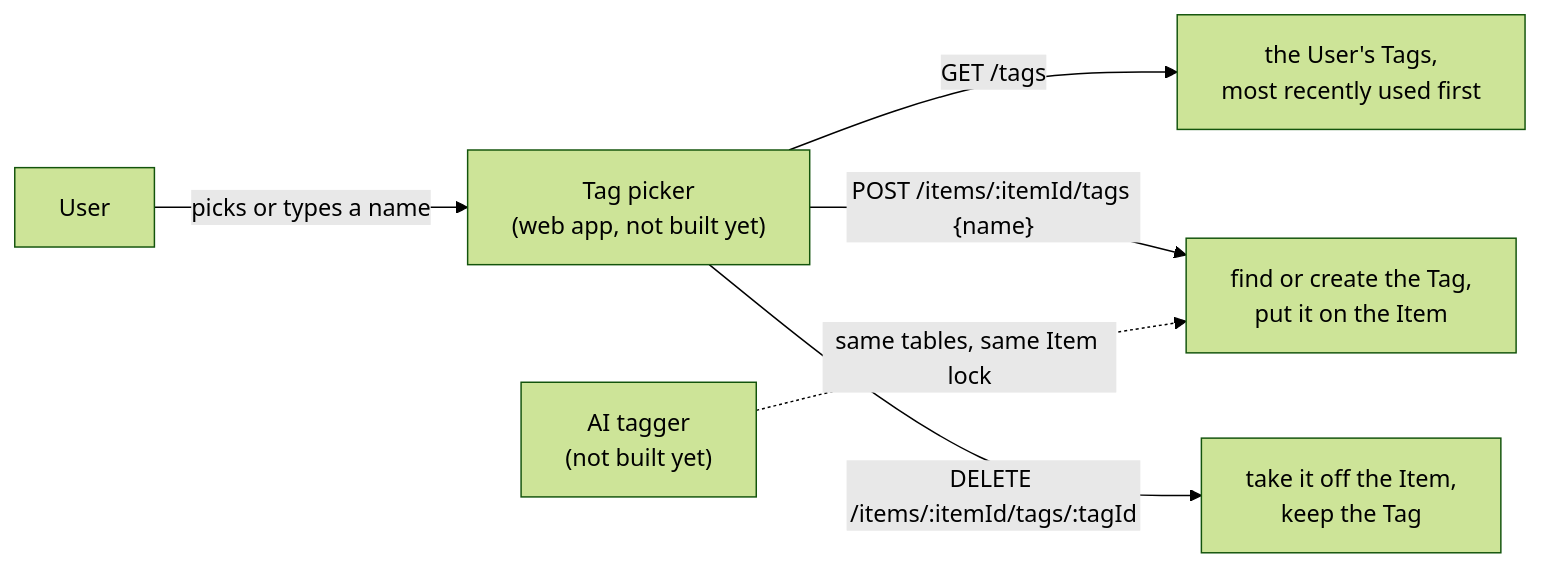
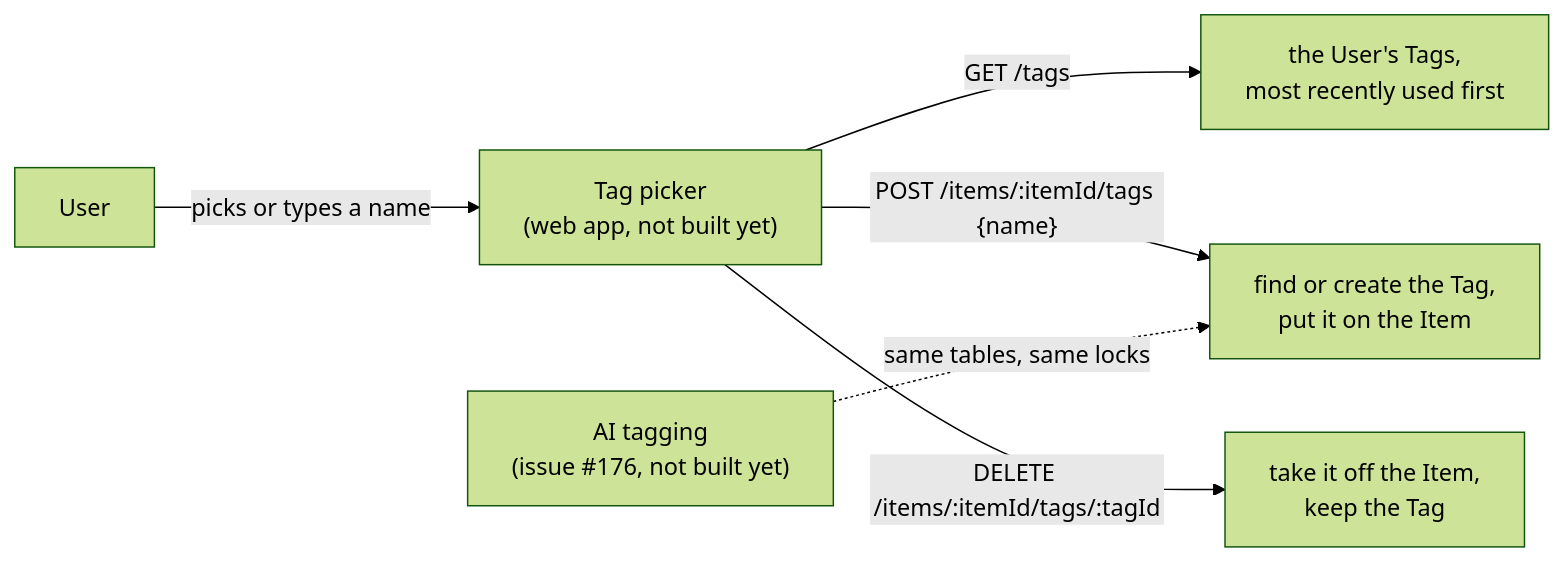
Before and after one commit to souravdotdev/Resonory: the diagram in docs/tags.md, drawn with Mermaid (forest theme). The commit also changed other lines of this file and 7 other files, not shown here.

````diff
--- a/docs/tags.md
+++ b/docs/tags.md
@@ -9,8 +9,8 @@
 ```mermaid
 flowchart LR
     U["User"] -- "picks or types a name" --> P["Tag picker<br/>(web app, not built yet)"]
     P -- "GET /tags" --> L["the User's Tags,<br/>most recently used first"]
     P -- "POST /items/:itemId/tags {name}" --> T["find or create the Tag,<br/>put it on the Item"]
     P -- "DELETE /items/:itemId/tags/:tagId" --> R["take it off the Item,<br/>keep the Tag"]
-    AI["AI tagger<br/>(not built yet)"] -. "same tables, same Item lock" .-> T
+    AI["AI tagging<br/>(issue #176, not built yet)"] -. "same tables, same locks" .-> T
 ```
````
